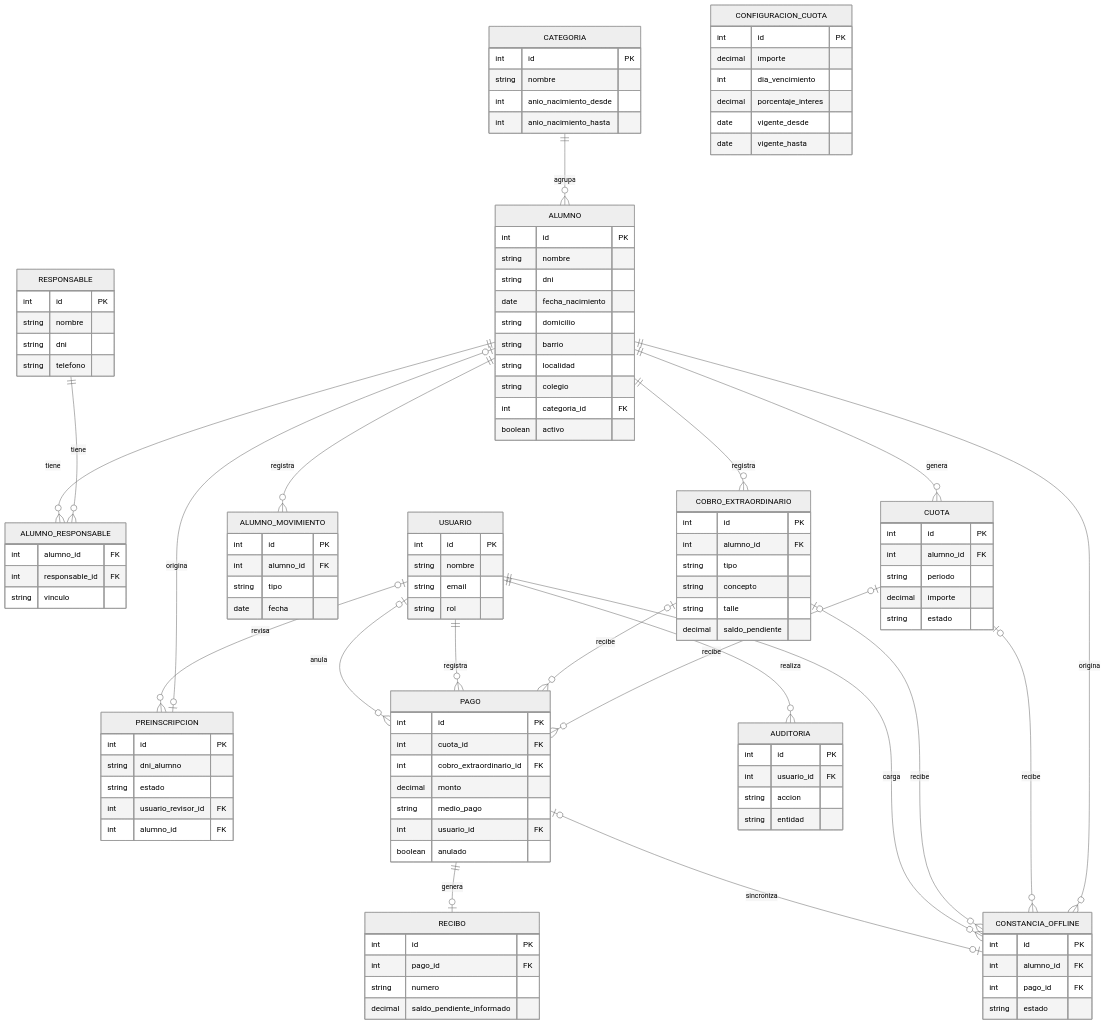
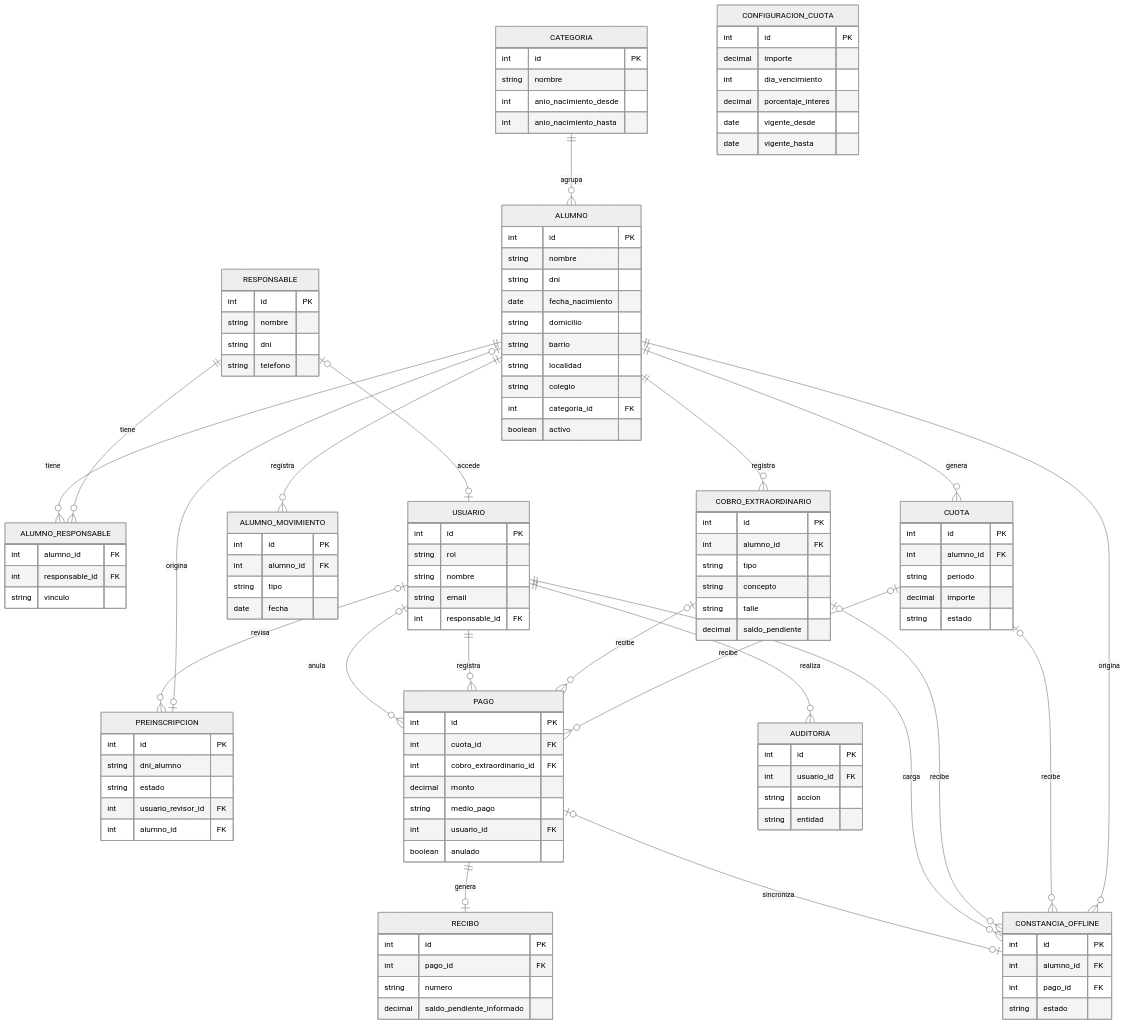
One commit to Marigi84/rojas-fc-gestion changed the diagram in docs/2da Entrega - Diseño y Modulos.md. Above: the diagram before and after it, drawn with Mermaid (neutral theme). The commit also changed other lines of this file and 1 other file, not shown here.

First line of the commit message:
database: unifica usuario y responsable segun propuesta de Marina/Silvia (issue #11)

```diff
--- a/docs/2da Entrega - Diseño y Modulos.md
+++ b/docs/2da Entrega - Diseño y Modulos.md
@@ -16,6 +16,7 @@
   CATEGORIA ||--o{ ALUMNO : agrupa
   RESPONSABLE ||--o{ ALUMNO_RESPONSABLE : tiene
   ALUMNO ||--o{ ALUMNO_RESPONSABLE : tiene
+  RESPONSABLE o|--o| USUARIO : accede
   ALUMNO o|--o| PREINSCRIPCION : origina
   USUARIO o|--o{ PREINSCRIPCION : revisa
   ALUMNO ||--o{ ALUMNO_MOVIMIENTO : registra
@@ -33,12 +34,6 @@
   PAGO o|--o| CONSTANCIA_OFFLINE : sincroniza
   USUARIO ||--o{ AUDITORIA : realiza
 
-  USUARIO {
-    int id PK
-    string nombre
-    string email
-    string rol
-  }
   CATEGORIA {
     int id PK
     string nombre
@@ -50,6 +45,13 @@
     string nombre
     string dni
     string telefono
+  }
+  USUARIO {
+    int id PK
+    string rol
+    string nombre
+    string email
+    int responsable_id FK
   }
   ALUMNO {
     int id PK
```
